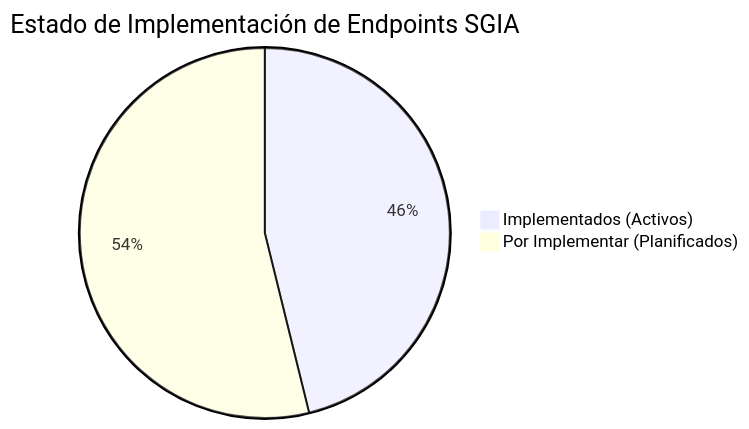
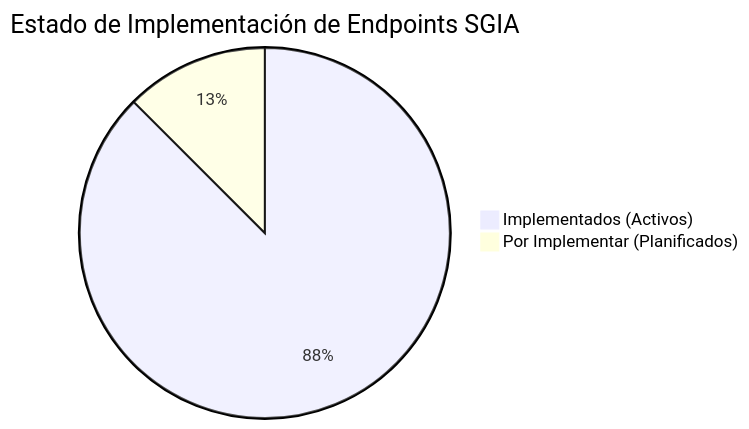
Before and after one commit to Alerrsi/FrondEnd-SGIA: the diagram in ENDPOINTS.md, drawn with Mermaid. The commit also changed other lines of this file and 27 other files, not shown here.

````diff
--- a/ENDPOINTS.md
+++ b/ENDPOINTS.md
@@ -213,5 +641,5 @@
 ```mermaid
 pie title Estado de Implementación de Endpoints SGIA
-    "Implementados (Activos)" : 24
-    "Por Implementar (Planificados)" : 28
+    "Implementados (Activos)" : 49
+    "Por Implementar (Planificados)" : 7
 ```
````
